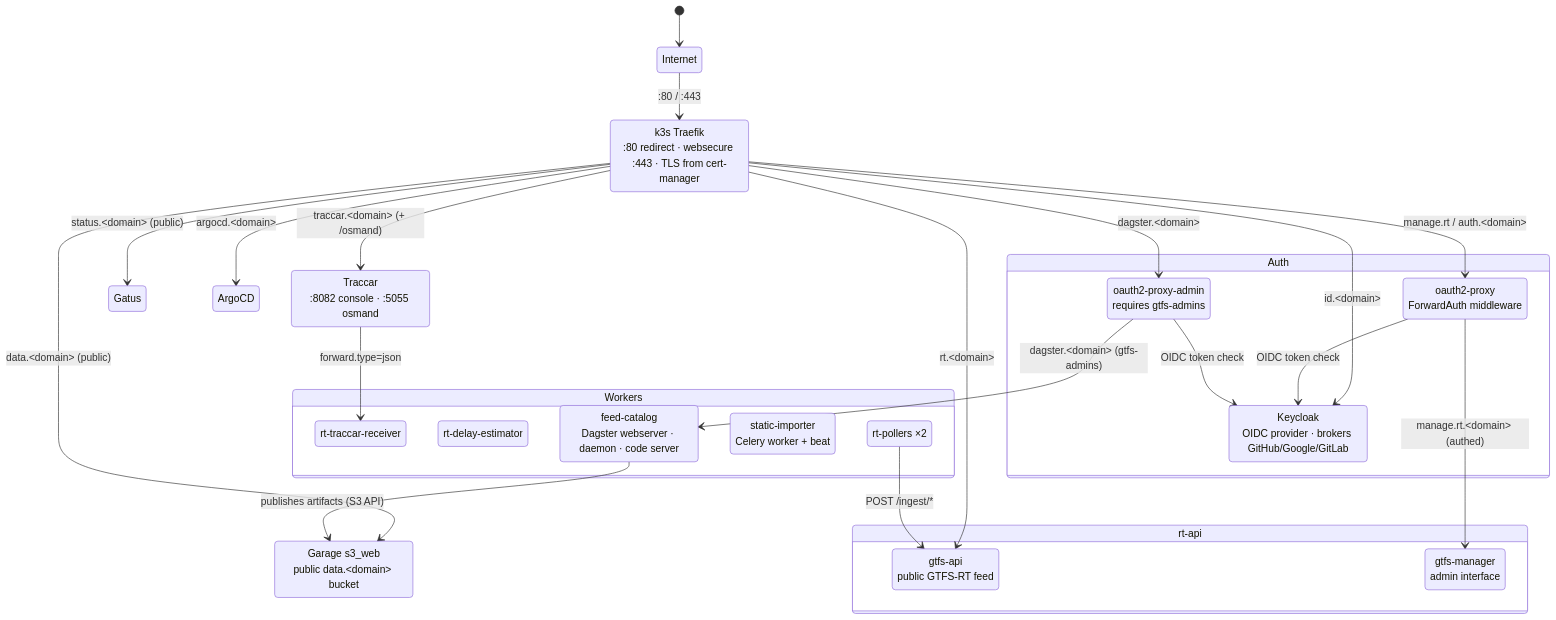
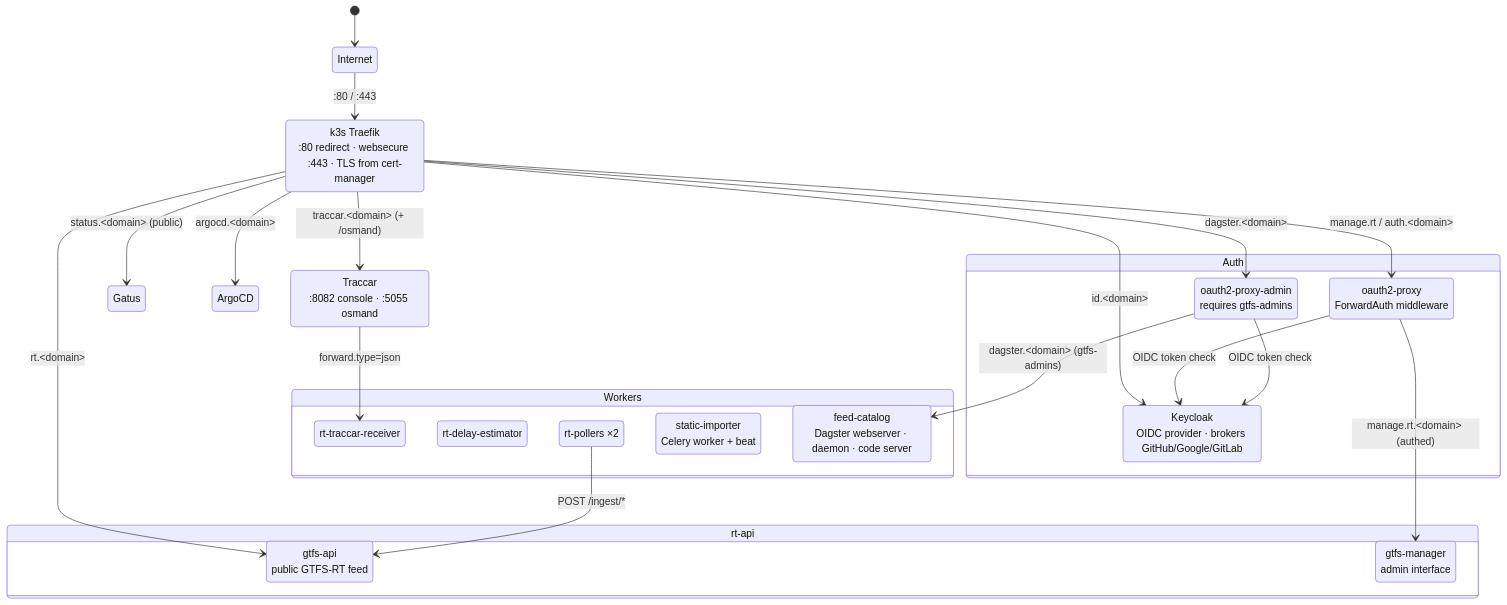
Before and after one commit to gtfs-zone/gtfs-zone-infra: the fifth of 8 diagrams in README.md, drawn with Mermaid. The commit also changed other lines of this file and 6 other files, not shown here.

````diff
--- a/README.md
+++ b/README.md
@@ -349,49 +349,46 @@
 ```mermaid
 stateDiagram-v2
     Internet : Internet
     tr : k3s Traefik<br>:80 redirect · websecure :443 · TLS from cert-manager
     tc : Traccar<br>:8082 console · :5055 osmand
     gt : Gatus
     ag : ArgoCD
-    gw : Garage s3_web<br>public data.&ltdomain&gt bucket
 
     state "Auth" as auth {
         op : oauth2-proxy<br>ForwardAuth middleware
         opa : oauth2-proxy-admin<br>requires gtfs-admins
         kc : Keycloak<br>OIDC provider · brokers GitHub/Google/GitLab
     }
 
     state "rt-api" as application {
         cp : gtfs-api<br>public GTFS-RT feed
         ca : gtfs-manager<br>admin interface
     }
 
     state "Workers" as workers {
         vp : rt-traccar-receiver
         tu : rt-delay-estimator
         hgb : rt-pollers ×2
         sf : static-importer<br>Celery worker + beat
         gc : feed-catalog<br>Dagster webserver · daemon · code server
     }
 
     [*] --> Internet
     Internet --> tr : :80 / :443
 
     tr --> cp : rt.&ltdomain&gt
     tr --> op : manage.rt / auth.&ltdomain&gt
     tr --> kc : id.&ltdomain&gt
     tr --> tc : traccar.&ltdomain&gt (+ /osmand)
     tr --> gt : status.&ltdomain&gt (public)
     tr --> ag : argocd.&ltdomain&gt
-    tr --> gw : data.&ltdomain&gt (public)
     tr --> opa : dagster.&ltdomain&gt
 
     op --> ca : manage.rt.&ltdomain&gt (authed)
     op --> kc : OIDC token check
     opa --> gc : dagster.&ltdomain&gt (gtfs-admins)
     opa --> kc : OIDC token check
-    gc --> gw : publishes artifacts (S3 API)
 
     tc --> vp : forward.type=json
     hgb --> cp : POST /ingest/*
 ```
````
